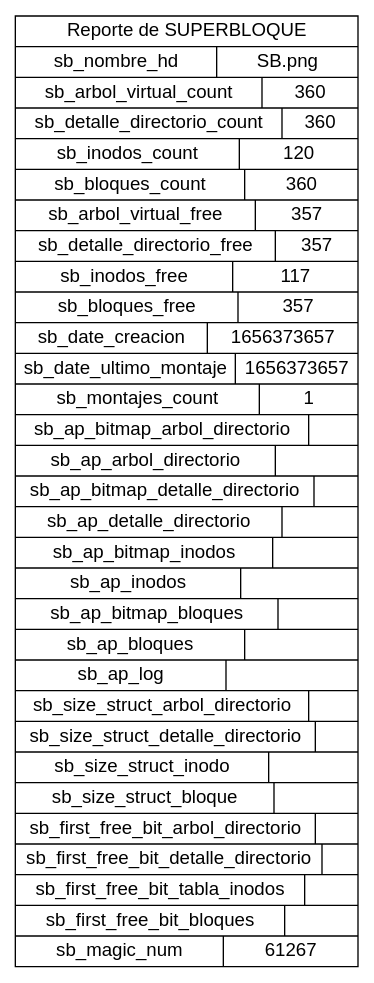
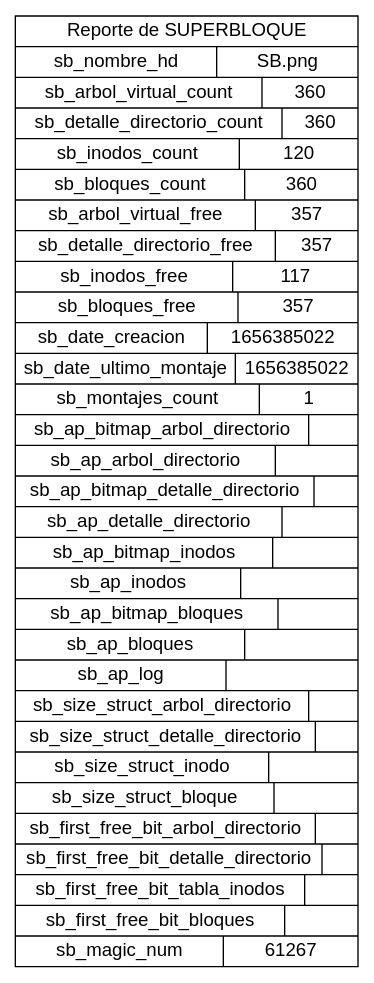
The diagram in Source/ReporteSB.dot (jona1403/Sistema-de-archivos), drawn with Graphviz before and after one commit. The commit also changed 15 other files, not shown here.

```diff
--- a/Source/ReporteSB.dot
+++ b/Source/ReporteSB.dot
@@ -1,1 +1,1 @@
-digraph G{fontname="Helvetica,Arial,sans-serif"node [fontname="Helvetica,Arial,sans-serif"]edge [fontname="Helvetica,Arial,sans-serif"]concentrate=True;rankdir=LR;node [shape=record];1 [label="Reporte de SUPERBLOQUE | { sb_nombre_hd |SB.png}|{sb_arbol_virtual_count|360}|{sb_detalle_directorio_count|360}|{sb_inodos_count|120}|{sb_bloques_count|360}|{sb_arbol_virtual_free|357}|{sb_detalle_directorio_free|357}|{sb_inodos_free|117}|{sb_bloques_free|357}|{sb_date_creacion|1656373657}|{sb_date_ultimo_montaje|1656373657}|{sb_montajes_count|1}|{sb_ap_bitmap_arbol_directorio|}|{sb_ap_arbol_directorio|}|{sb_ap_bitmap_detalle_directorio|}|{sb_ap_detalle_directorio|}|{sb_ap_bitmap_inodos|}|{sb_ap_inodos|}|{sb_ap_bitmap_bloques|}|{sb_ap_bloques|}|{sb_ap_log|}|{sb_size_struct_arbol_directorio|}|{sb_size_struct_detalle_directorio|}|{sb_size_struct_inodo|}|{sb_size_struct_bloque|}|{sb_first_free_bit_arbol_directorio|}|{sb_first_free_bit_detalle_directorio|}|{sb_first_free_bit_tabla_inodos|}|{sb_first_free_bit_bloques|}|{sb_magic_num|61267}"];}
+digraph G{fontname="Helvetica,Arial,sans-serif"node [fontname="Helvetica,Arial,sans-serif"]edge [fontname="Helvetica,Arial,sans-serif"]concentrate=True;rankdir=LR;node [shape=record];1 [label="Reporte de SUPERBLOQUE | { sb_nombre_hd |SB.png}|{sb_arbol_virtual_count|360}|{sb_detalle_directorio_count|360}|{sb_inodos_count|120}|{sb_bloques_count|360}|{sb_arbol_virtual_free|357}|{sb_detalle_directorio_free|357}|{sb_inodos_free|117}|{sb_bloques_free|357}|{sb_date_creacion|1656385022}|{sb_date_ultimo_montaje|1656385022}|{sb_montajes_count|1}|{sb_ap_bitmap_arbol_directorio|}|{sb_ap_arbol_directorio|}|{sb_ap_bitmap_detalle_directorio|}|{sb_ap_detalle_directorio|}|{sb_ap_bitmap_inodos|}|{sb_ap_inodos|}|{sb_ap_bitmap_bloques|}|{sb_ap_bloques|}|{sb_ap_log|}|{sb_size_struct_arbol_directorio|}|{sb_size_struct_detalle_directorio|}|{sb_size_struct_inodo|}|{sb_size_struct_bloque|}|{sb_first_free_bit_arbol_directorio|}|{sb_first_free_bit_detalle_directorio|}|{sb_first_free_bit_tabla_inodos|}|{sb_first_free_bit_bloques|}|{sb_magic_num|61267}"];}
```
